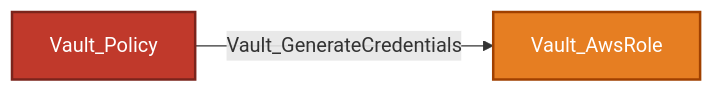
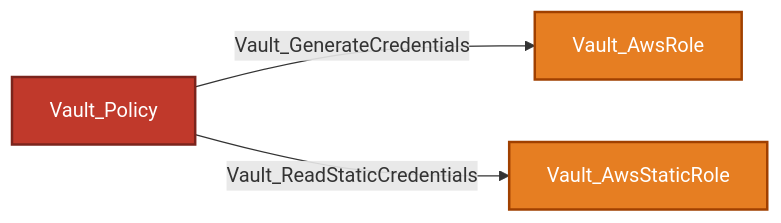
The third of 28 diagrams in Documentation/stores/MOUNTS.md (bytewreck/opengraph-vault), drawn with Mermaid before and after one commit. The commit also changed other lines of this file and 2 other files, not shown here.

````diff
--- a/Documentation/stores/MOUNTS.md
+++ b/Documentation/stores/MOUNTS.md
@@ -239,7 +239,8 @@
 ```mermaid
 flowchart LR
-    policy[Vault_Policy]:::policyNode -->|Vault_GenerateCredentials| role[Vault_AwsRole]:::secretObjectNode
+    policy[Vault_Policy]:::policyNode -->|Vault_GenerateCredentials| dynamic[Vault_AwsRole]:::secretObjectNode
+    policy -->|Vault_ReadStaticCredentials| static[Vault_AwsStaticRole]:::secretObjectNode
 
     classDef policyNode fill:#C0392B,color:#fff,stroke:#7B241C,stroke-width:2px
     classDef secretObjectNode fill:#E67E22,color:#fff,stroke:#A04000,stroke-width:2px
 ```
````
